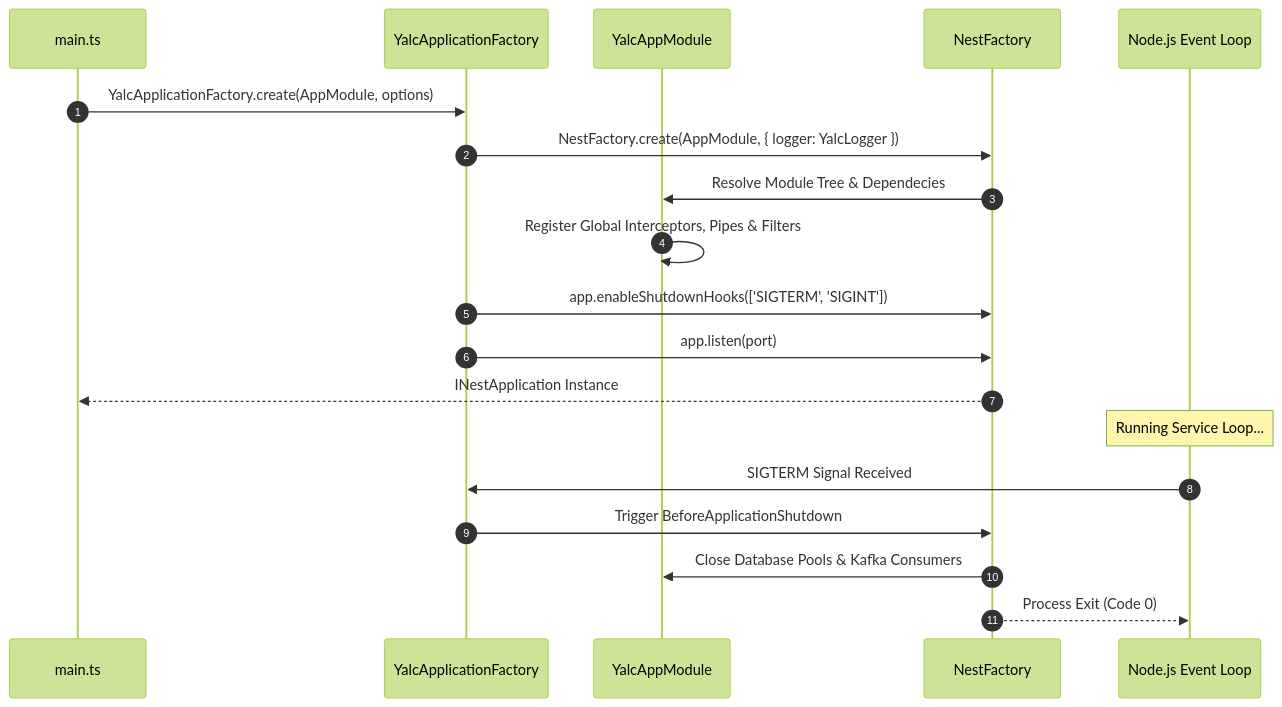
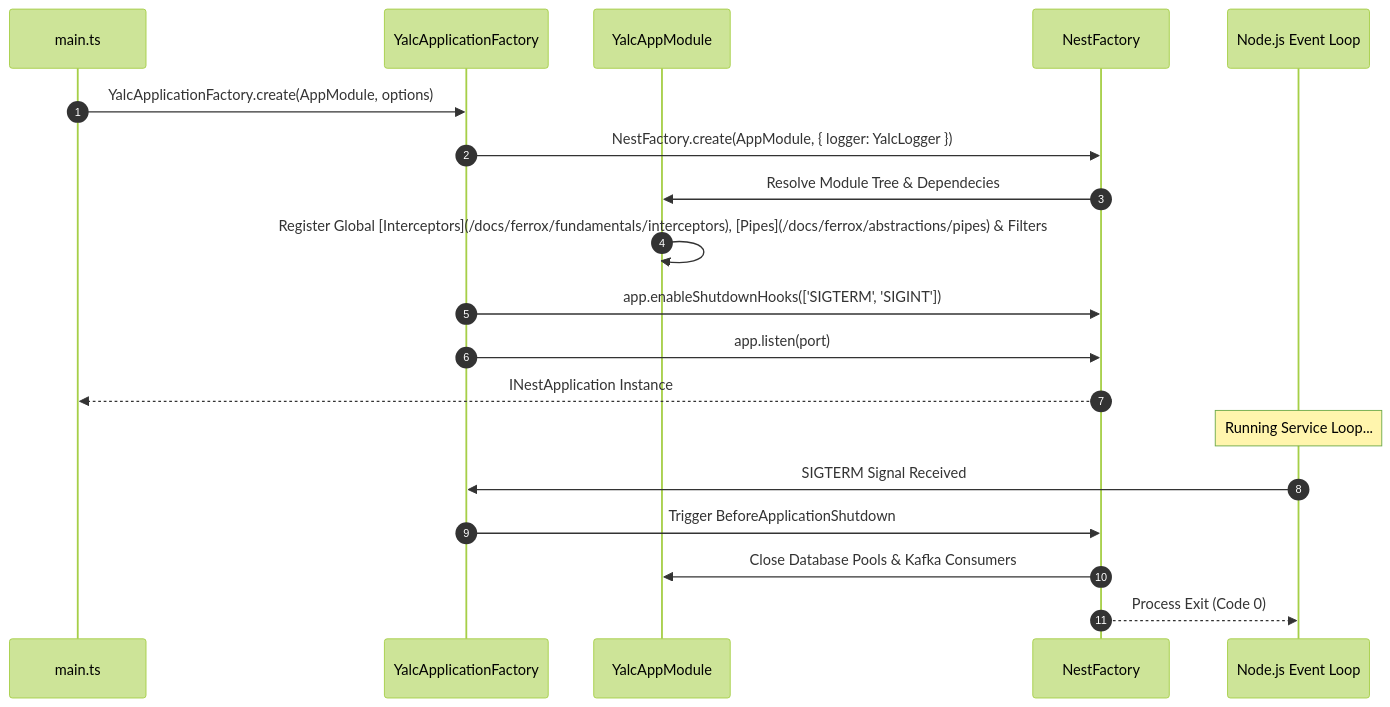
The diagram in docs/nestjs-yalc/fundamentals/app.md (AI-Autistic-Intelligence/ferrox-docs), drawn with Mermaid (forest theme) before and after one commit. The commit also changed other lines of this file and 121 other files, not shown here.

````diff
--- a/docs/nestjs-yalc/fundamentals/app.md
+++ b/docs/nestjs-yalc/fundamentals/app.md
@@ -51,22 +51,22 @@
 ```mermaid
 sequenceDiagram
     autonumber
     participant Main as main.ts
     participant Factory as YalcApplicationFactory
     participant App as YalcAppModule
     participant Nest as NestFactory
     participant Engine as Node.js Event Loop
 
     Main->>Factory: YalcApplicationFactory.create(AppModule, options)
     Factory->>Nest: NestFactory.create(AppModule, { logger: YalcLogger })
     Nest->>App: Resolve Module Tree & Dependecies
-    App->>App: Register Global Interceptors, Pipes & Filters
+    App->>App: Register Global [Interceptors](/docs/ferrox/fundamentals/interceptors), [Pipes](/docs/ferrox/abstractions/pipes) & Filters
     Factory->>Nest: app.enableShutdownHooks(['SIGTERM', 'SIGINT'])
     Factory->>Nest: app.listen(port)
     Nest-->>Main: INestApplication Instance
     Note over Engine: Running Service Loop...
     Engine->>Factory: SIGTERM Signal Received
     Factory->>Nest: Trigger BeforeApplicationShutdown
     Nest->>App: Close Database Pools & Kafka Consumers
     Nest-->>Engine: Process Exit (Code 0)
 ```
````
